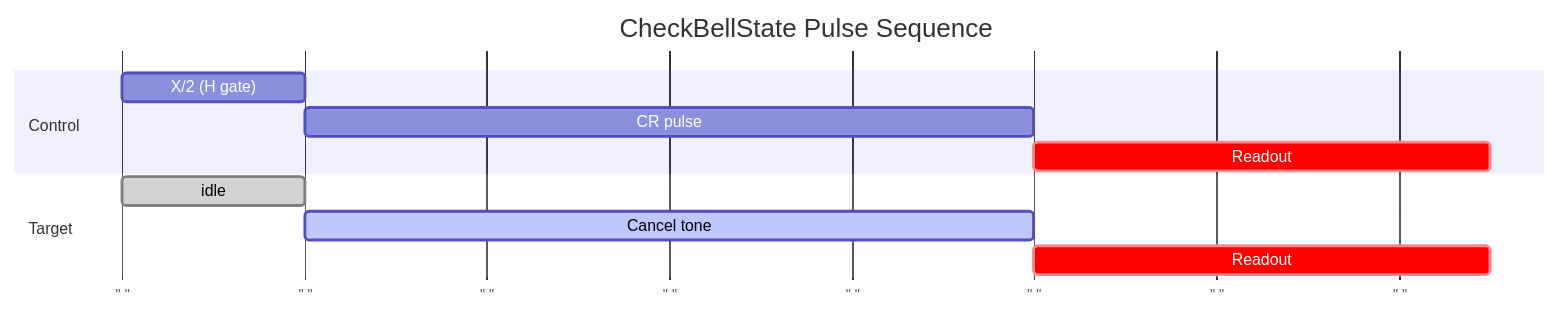
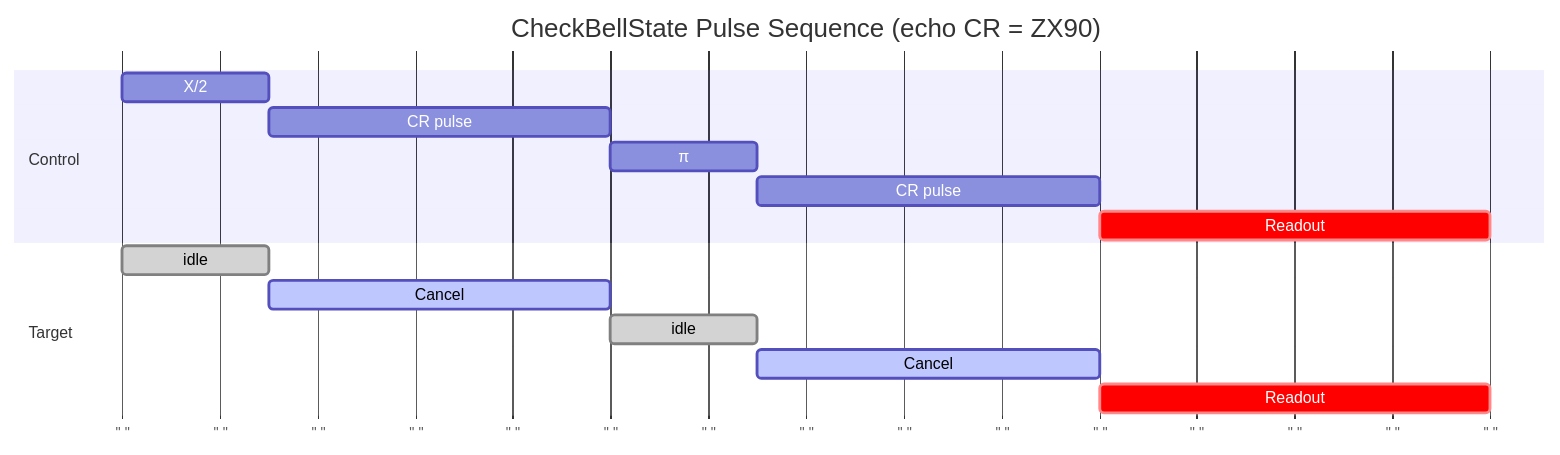
One commit to oqtopus-team/qdash changed the diagram in docs/task-knowledge/two-qubit-calibration/CheckBellState/index.md. Above: the diagram before and after it, drawn with Mermaid. The commit also changed 4 other files, not shown here.

Commit message:
feat(docs): update pulse sequence diagrams for gate calibration tasks

````diff
--- a/docs/task-knowledge/two-qubit-calibration/CheckBellState/index.md
+++ b/docs/task-knowledge/two-qubit-calibration/CheckBellState/index.md
@@ -13,16 +13,20 @@
 ```mermaid
 gantt
-    title CheckBellState Pulse Sequence
+    title CheckBellState Pulse Sequence (echo CR = ZX90)
     dateFormat x
     axisFormat " "
 
     section Control
-    X/2 (H gate) :d1, 0, 20ms
-    CR pulse     :d2, after d1, 80ms
-    Readout      :crit, r1, after d2, 50ms
+    X/2        :d1, 0, 15ms
+    CR pulse   :d2, after d1, 35ms
+    π          :d3, after d2, 15ms
+    CR pulse   :d4, after d3, 35ms
+    Readout    :crit, r1, after d4, 40ms
 
     section Target
-    idle         :done, t1, 0, 20ms
-    Cancel tone  :active, t2, after t1, 80ms
-    Readout      :crit, r2, after t2, 50ms
+    idle       :done, t0, 0, 15ms
+    Cancel     :active, t1, after t0, 35ms
+    idle       :done, t2, after t1, 15ms
+    Cancel     :active, t3, after t2, 35ms
+    Readout    :crit, r2, after t3, 40ms
 ```
````
